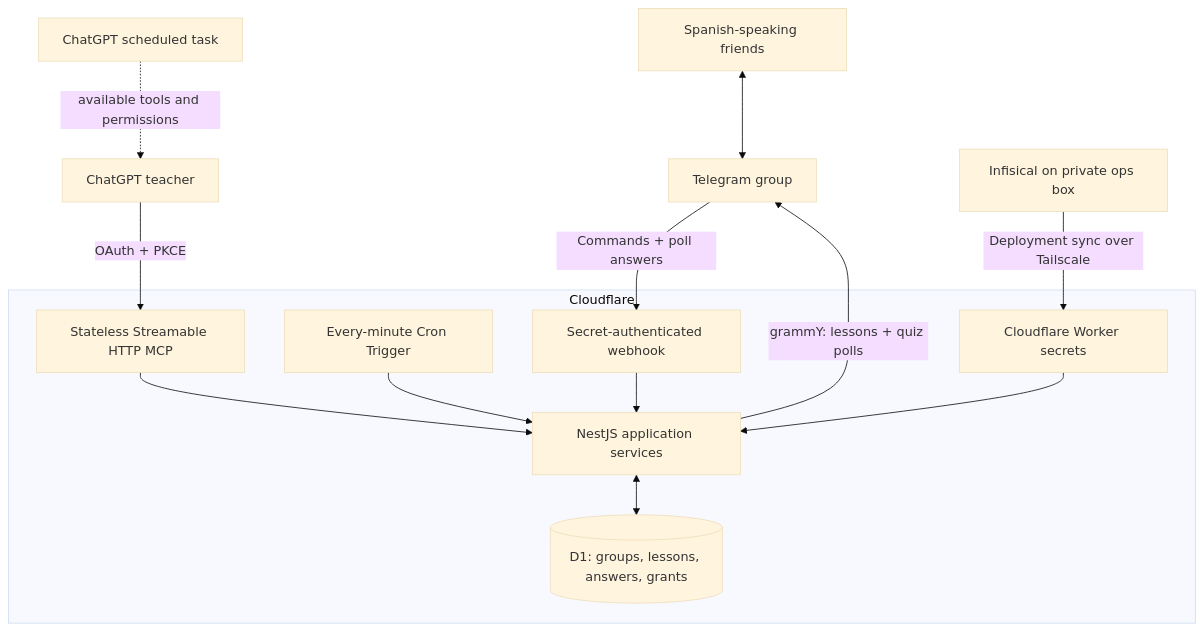
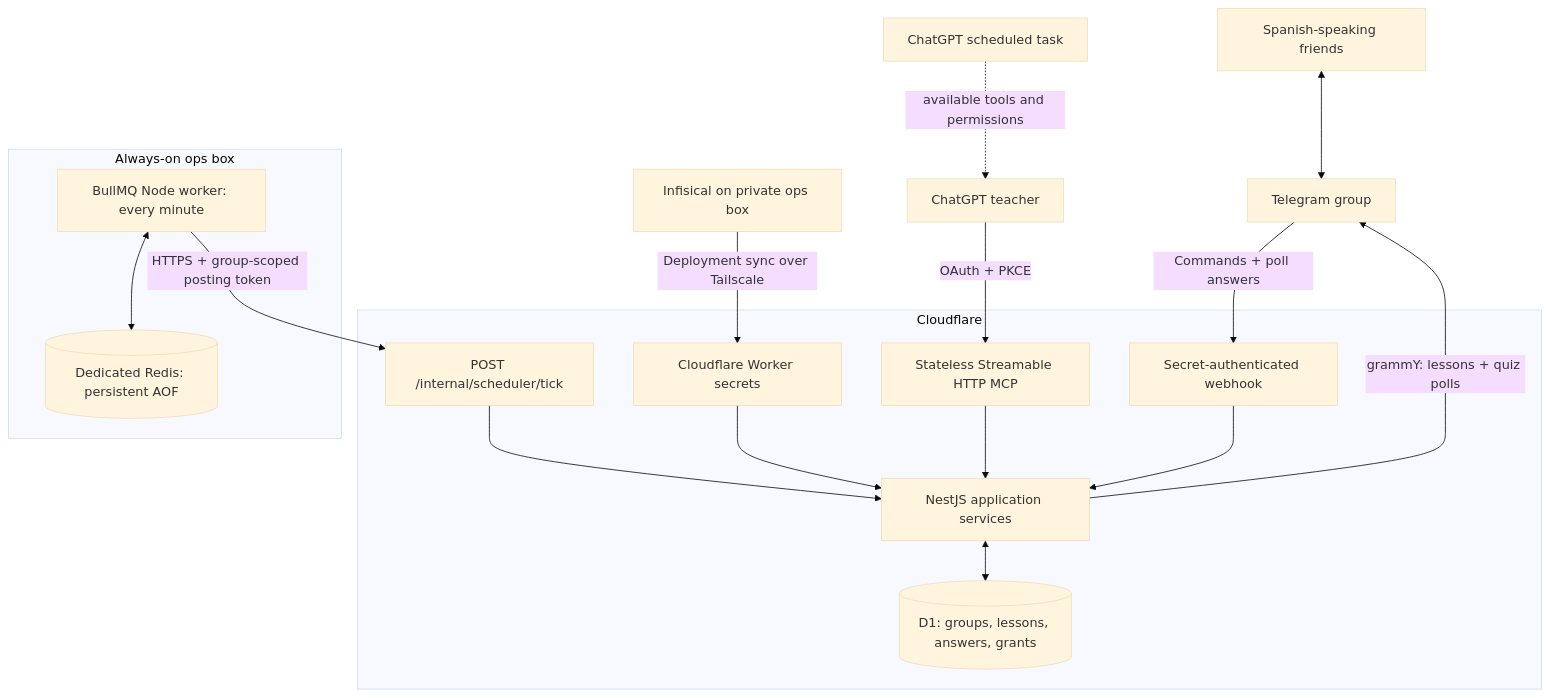
Before and after one commit to ArkadiiZon/telegram-russian-teacher: the diagram in README.md, drawn with Mermaid (base theme). The commit also changed other lines of this file and 17 other files, not shown here.

Commit message:
Replace Cloudflare cron with scoped BullMQ delivery scheduler

````diff
--- a/README.md
+++ b/README.md
@@ -9,16 +9,20 @@
 ```mermaid
 flowchart TD
   Friends[Spanish-speaking friends] <--> Telegram[Telegram group]
   ChatGPT[ChatGPT teacher] -->|OAuth + PKCE| MCP
   Routine[ChatGPT scheduled task] -. available tools and permissions .-> ChatGPT
   subgraph Cloudflare
     MCP[Stateless Streamable HTTP MCP] --> Nest[NestJS application services]
-    Cron[Every-minute Cron Trigger] --> Nest
+    Tick[POST /internal/scheduler/tick] --> Nest
     Webhook[Secret-authenticated webhook] --> Nest
     Nest <--> D1[(D1: groups, lessons, answers, grants)]
     Secrets[Cloudflare Worker secrets] --> Nest
   end
+  subgraph Ops[Always-on ops box]
+    Bull[BullMQ Node worker: every minute] <--> Redis[(Dedicated Redis: persistent AOF)]
+  end
+  Bull -->|HTTPS + group-scoped posting token| Tick
   Nest -->|grammY: lessons + quiz polls| Telegram
   Telegram -->|Commands + poll answers| Webhook
   Infisical[Infisical on private ops box] -->|Deployment sync over Tailscale| Secrets
 ```
````
